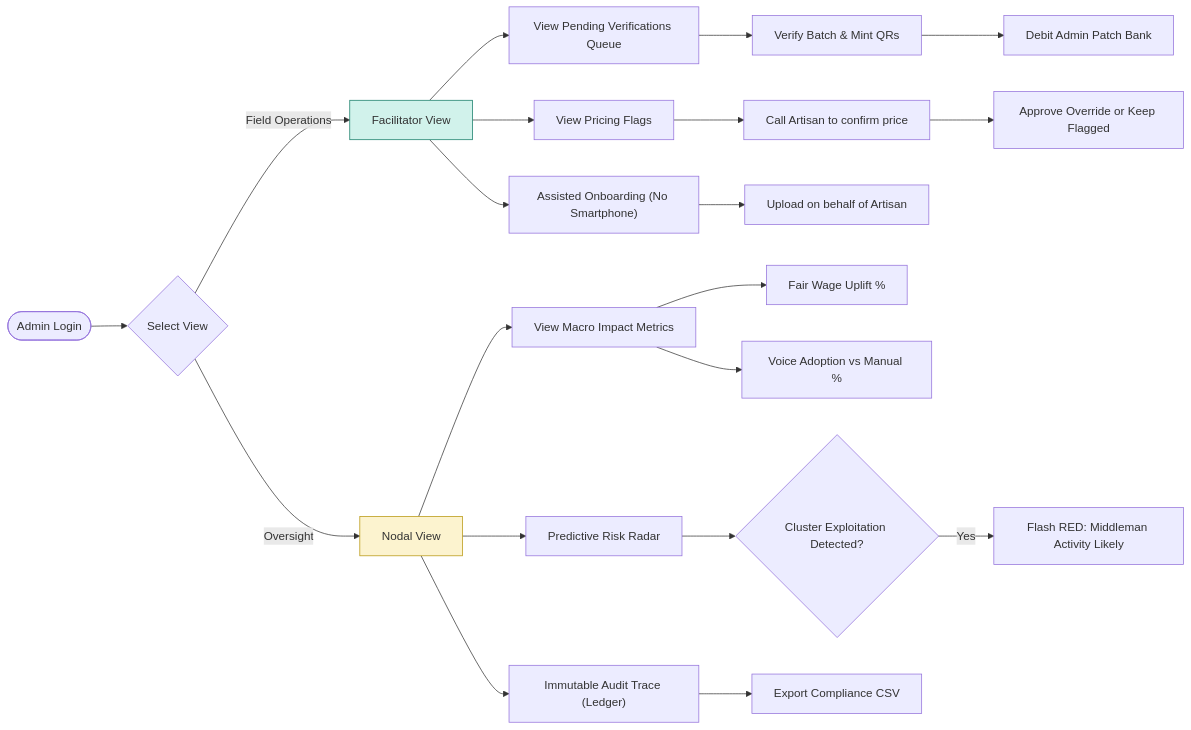
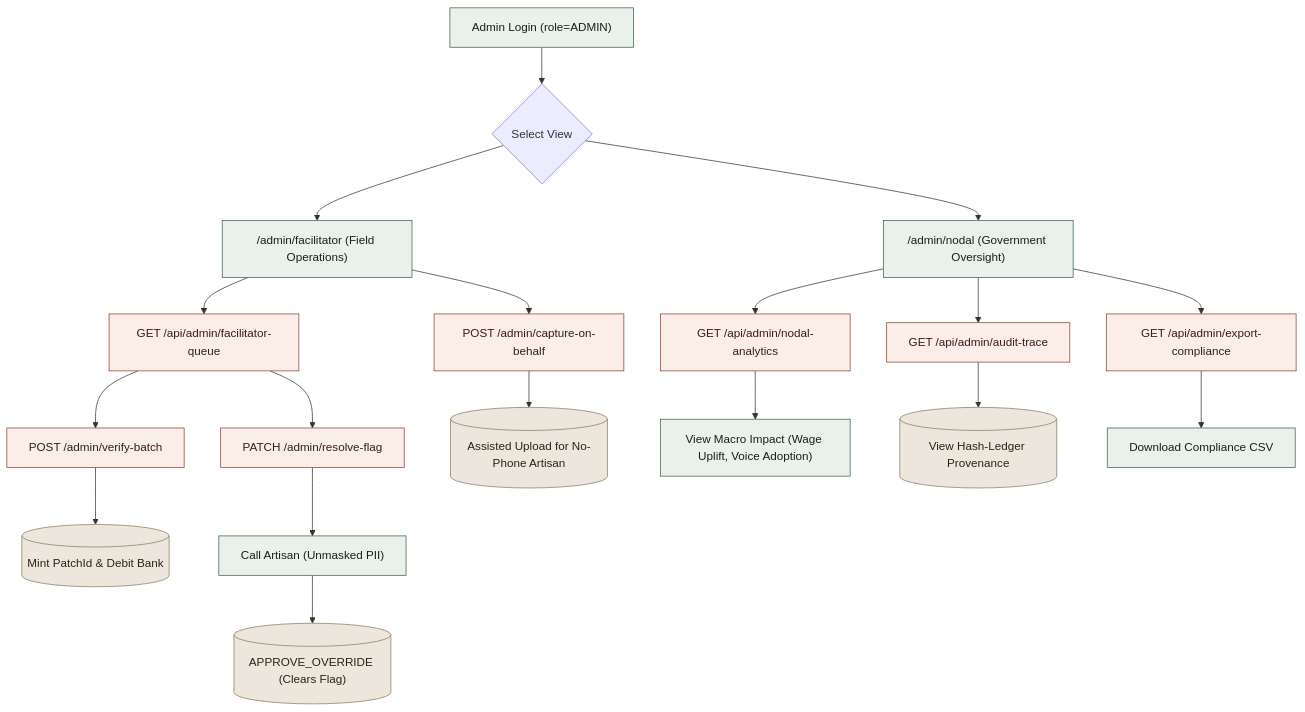
One commit to MNSTIC/KARIGARI changed the third of 6 diagrams in docs/KARIGARI_FLOWCHARTS.md. Above: the diagram before and after it, drawn with Mermaid. The commit also changed other lines of this file, not shown here.

Commit message:
docs: strictly align flowcharts with WORKFLOW.md routing and advanced features

````diff
--- a/docs/KARIGARI_FLOWCHARTS.md
+++ b/docs/KARIGARI_FLOWCHARTS.md
@@ -111,34 +118,33 @@
 ```mermaid
-graph LR
-  classDef fac fill:#d1f2eb,stroke:#117a65;
-  classDef nod fill:#fcf3cf,stroke:#b7950b;
+graph TD
+  classDef ui fill:#EAF0EA,stroke:#3D624F,color:#16211B;
+  classDef api fill:#FBEDE7,stroke:#8F412F,color:#3A1E16;
+  classDef db fill:#ECE6DC,stroke:#8A7B63,color:#2A2418;
+
+  ADMIN["Admin Login (role=ADMIN)"]:::ui --> SHELL{"Select View"}
   
-  ADMIN(["Admin Login"]) --> SHELL{"Select View"}
+  SHELL --> FAC["/admin/facilitator (Field Operations)"]:::ui
+  SHELL --> NOD["/admin/nodal (Government Oversight)"]:::ui
 
-  SHELL -->|Field Operations| FACILITATOR["Facilitator View"]:::fac
-  SHELL -->|Oversight| NODAL["Nodal View"]:::nod
+  %% Facilitator
+  FAC --> FQ["GET /api/admin/facilitator-queue"]:::api
+  FQ --> VERIFY["POST /admin/verify-batch"]:::api
+  VERIFY --> MINT[("Mint PatchId & Debit Bank")]:::db
+  
+  FQ --> FLAG_RES["PATCH /admin/resolve-flag"]:::api
+  FLAG_RES --> INVESTIGATE["Call Artisan (Unmasked PII)"]:::ui
+  INVESTIGATE --> OVERRIDE[("APPROVE_OVERRIDE (Clears Flag)")]:::db
+  
+  FAC --> AOB["POST /admin/capture-on-behalf"]:::api
+  AOB --> AOB_DB[("Assisted Upload for No-Phone Artisan")]:::db
 
-  %% Facilitator Flows
-  FACILITATOR --> QUEUE["View Pending Verifications Queue"]
-  QUEUE --> VERIFY_BATCH["Verify Batch & Mint QRs"]
-  VERIFY_BATCH --> DEBIT["Debit Admin Patch Bank"]
+  %% Nodal
+  NOD --> NA["GET /api/admin/nodal-analytics"]:::api
+  NA --> METRICS["View Macro Impact (Wage Uplift, Voice Adoption)"]:::ui
   
-  FACILITATOR --> FLAG_QUEUE["View Pricing Flags"]
-  FLAG_QUEUE --> CALL["Call Artisan to confirm price"]
-  CALL --> OVERRIDE["Approve Override or Keep Flagged"]
+  NOD --> AT["GET /api/admin/audit-trace"]:::api
+  AT --> LEDGER[("View Hash-Ledger Provenance")]:::db
   
-  FACILITATOR --> ASSIST["Assisted Onboarding (No Smartphone)"]
-  ASSIST --> UPLOAD_BEHALF["Upload on behalf of Artisan"]
-
-  %% Nodal Flows
-  NODAL --> METRICS["View Macro Impact Metrics"]
-  METRICS --> WAGE_UPLIFT["Fair Wage Uplift %"]
-  METRICS --> VOICE_ADOPT["Voice Adoption vs Manual %"]
-  
-  NODAL --> RISK_RADAR["Predictive Risk Radar"]
-  RISK_RADAR --> ALERT{"Cluster Exploitation Detected?"}
-  ALERT -->|Yes| RED_FLAG["Flash RED: Middleman Activity Likely"]
-  
-  NODAL --> LEDGER["Immutable Audit Trace (Ledger)"]
-  LEDGER --> EXPORT["Export Compliance CSV"]
+  NOD --> EXP["GET /api/admin/export-compliance"]:::api
+  EXP --> CSV["Download Compliance CSV"]:::ui
 ```
````
